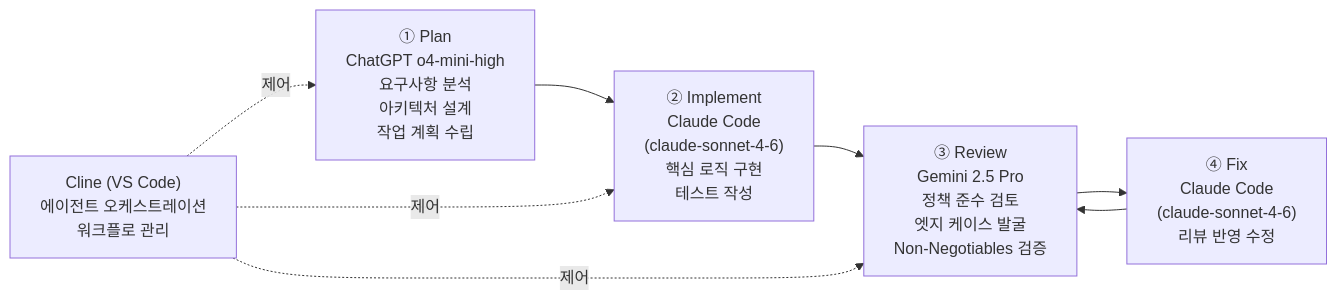
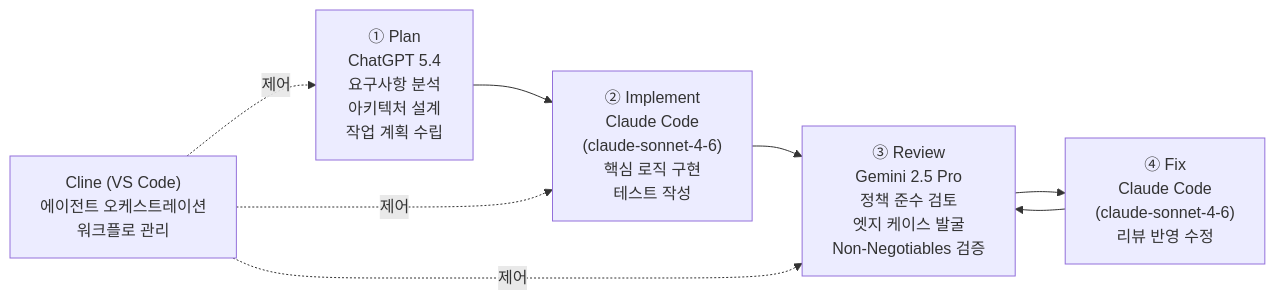
Before and after one commit to illegaluser/kobimedi-poc: the third of 3 diagrams in README.md, drawn with Mermaid. The commit also changed other lines of this file, not shown here.

First line of the commit message:
fix: ChatGPT 모델명 정정 → ChatGPT 5.4 (OpenAI)

````diff
--- a/README.md
+++ b/README.md
@@ -622,14 +622,14 @@
 ```mermaid
 flowchart LR
-    plan["① Plan\nChatGPT o4-mini-high\n요구사항 분석\n아키텍처 설계\n작업 계획 수립"]
+    plan["① Plan\nChatGPT 5.4\n요구사항 분석\n아키텍처 설계\n작업 계획 수립"]
     impl["② Implement\nClaude Code\n(claude-sonnet-4-6)\n핵심 로직 구현\n테스트 작성"]
     review["③ Review\nGemini 2.5 Pro\n정책 준수 검토\n엣지 케이스 발굴\nNon-Negotiables 검증"]
     fix["④ Fix\nClaude Code\n(claude-sonnet-4-6)\n리뷰 반영 수정"]
 
     plan --> impl --> review --> fix --> review
 
     cline["Cline (VS Code)\n에이전트 오케스트레이션\n워크플로 관리"]
     cline -.->|제어| plan
     cline -.->|제어| impl
     cline -.->|제어| review
 ```
````
